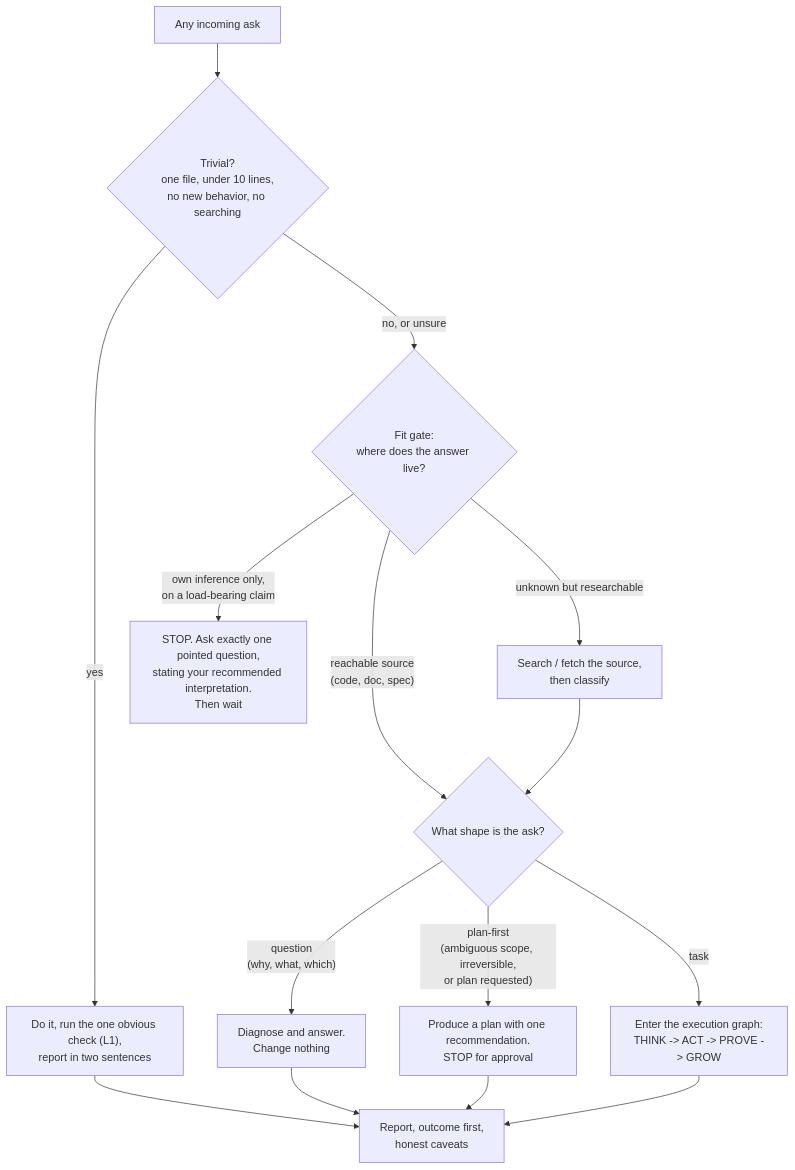
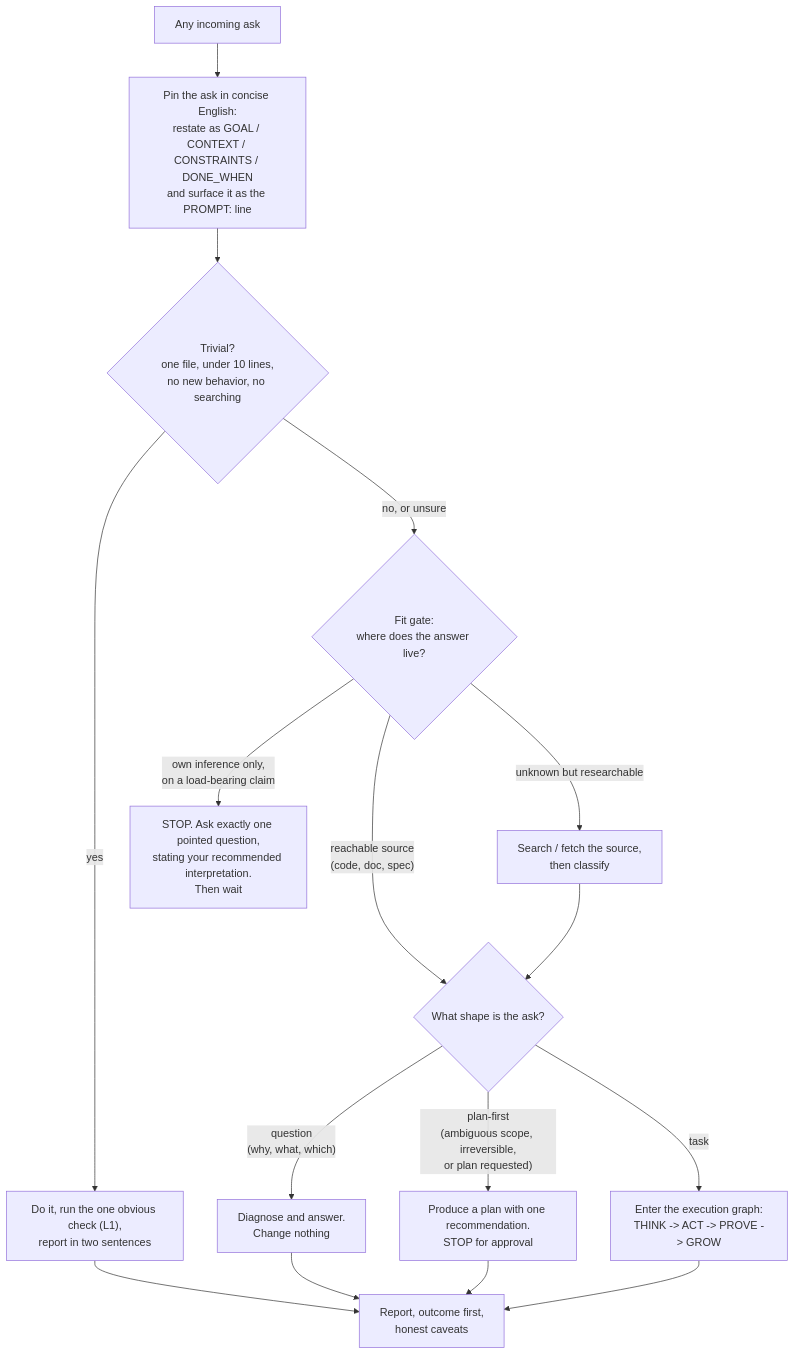
One commit to bouroo/agents changed the first of 6 diagrams in skills/verification/references/flowcharts.md. Above: the diagram before and after it, drawn with Mermaid. The commit also changed other lines of this file and 6 other files, not shown here.

First line of the commit message:
docs(intake): add mandatory concise ask pinning before work

````diff
--- a/skills/verification/references/flowcharts.md
+++ b/skills/verification/references/flowcharts.md
@@ -7,17 +7,18 @@
 ```mermaid
 flowchart TD
-    IN["Any incoming ask"] --> TRIV{"Trivial?<br/>one file, under 10 lines,<br/>no new behavior, no searching"}
+    IN["Any incoming ask"] --> PIN["Pin the ask in concise English:<br/>restate as GOAL / CONTEXT / CONSTRAINTS / DONE_WHEN<br/>and surface it as the PROMPT: line"]
+    PIN --> TRIV{"Trivial?<br/>one file, under 10 lines,<br/>no new behavior, no searching"}
     TRIV -->|yes| DOIT["Do it, run the one obvious check (L1),<br/>report in two sentences"]
     TRIV -->|no, or unsure| FIT{"Fit gate:<br/>where does the answer live?"}
     FIT -->|"reachable source<br/>(code, doc, spec)"| SHAPE{"What shape is the ask?"}
     FIT -->|unknown but researchable| SRCH["Search / fetch the source,<br/>then classify"]
     FIT -->|"own inference only,<br/>on a load-bearing claim"| STOPASK["STOP. Ask exactly one pointed question,<br/>stating your recommended interpretation.<br/>Then wait"]
     SRCH --> SHAPE
     SHAPE -->|"question<br/>(why, what, which)"| ANSWER["Diagnose and answer.<br/>Change nothing"]
     SHAPE -->|"plan-first<br/>(ambiguous scope, irreversible,<br/>or plan requested)"| PLAN["Produce a plan with one recommendation.<br/>STOP for approval"]
     SHAPE -->|task| GRAPH["Enter the execution graph:<br/>THINK -> ACT -> PROVE -> GROW"]
     DOIT --> OUT["Report, outcome first,<br/>honest caveats"]
     ANSWER --> OUT
     PLAN --> OUT
     GRAPH --> OUT
 ```
````
